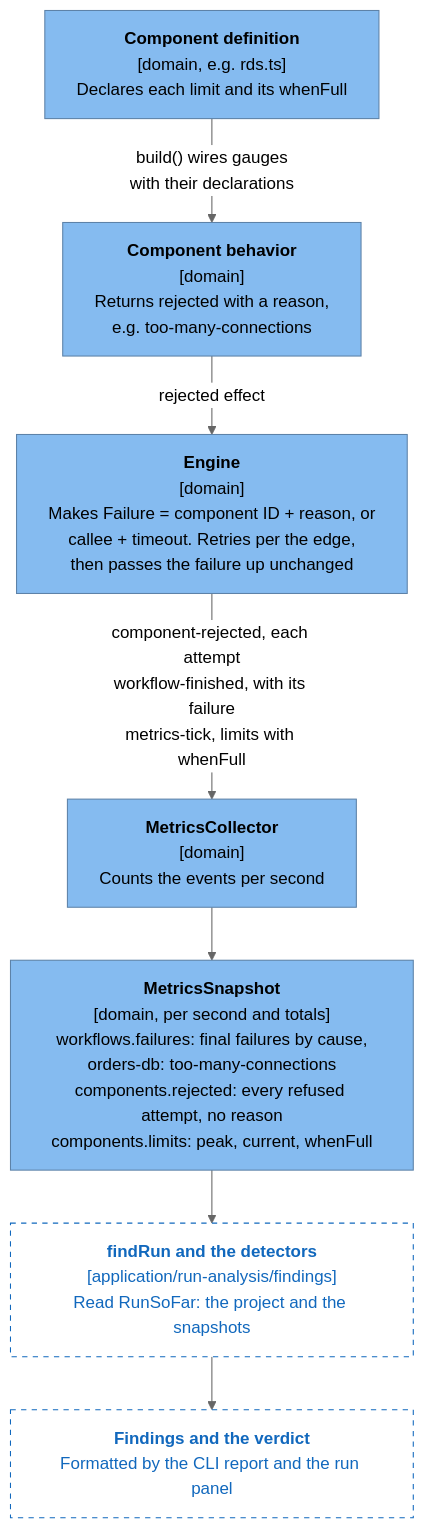
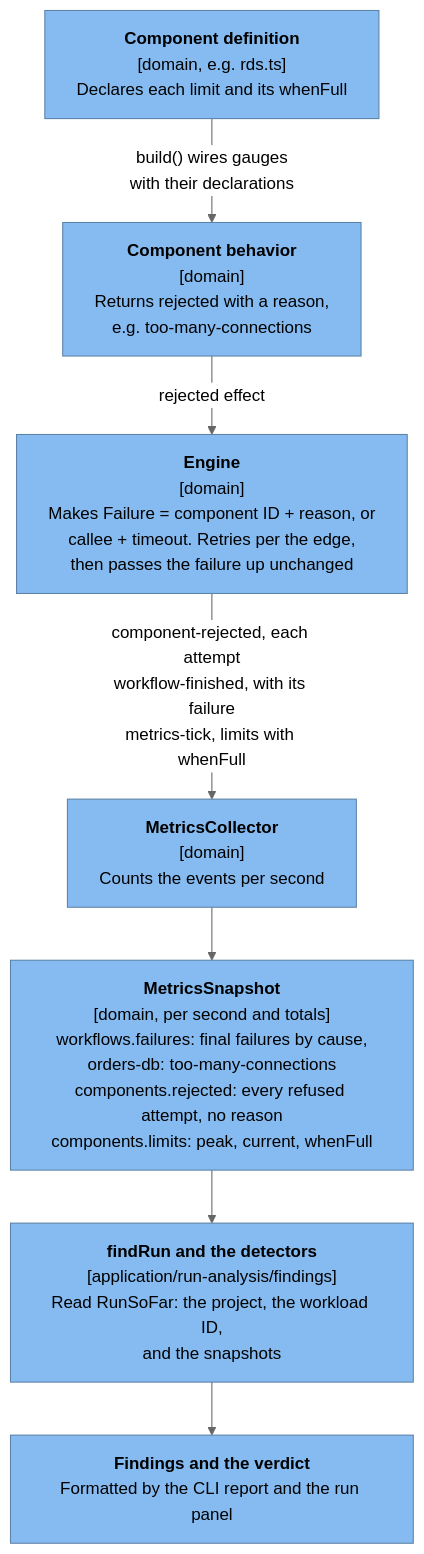
The first of 3 diagrams in docs/design/findings.md (alanbickel/wind-tunnel), drawn with Mermaid (neutral theme) before and after one commit. The commit also changed other lines of this file and 57 other files, not shown here.

Commit message:
feat(application): add findings with the run verdict, failed requests, and late async work (#64)

````diff
--- a/docs/design/findings.md
+++ b/docs/design/findings.md
@@ -177,22 +181,21 @@
 ```mermaid
 %%{init: {"flowchart": {"wrappingWidth": 320}}}%%
 flowchart TB
     def["<b>Component definition</b><br/>[domain, e.g. rds.ts]<br/>Declares each limit and its whenFull"]:::component
     beh["<b>Component behavior</b><br/>[domain]<br/>Returns rejected with a reason,<br/>e.g. too-many-connections"]:::component
     eng["<b>Engine</b><br/>[domain]<br/>Makes Failure = component ID + reason, or<br/>callee + timeout. Retries per the edge,<br/>then passes the failure up unchanged"]:::component
     col["<b>MetricsCollector</b><br/>[domain]<br/>Counts the events per second"]:::component
     snap["<b>MetricsSnapshot</b><br/>[domain, per second and totals]<br/>workflows.failures: final failures by cause,<br/>orders-db: too-many-connections<br/>components.rejected: every refused attempt, no reason<br/>components.limits: peak, current, whenFull"]:::component
-    find["<b>findRun and the detectors</b><br/>[application/run-analysis/findings]<br/>Read RunSoFar: the project and the snapshots"]:::planned
-    out["<b>Findings and the verdict</b><br/>Formatted by the CLI report and the run panel"]:::planned
+    find["<b>findRun and the detectors</b><br/>[application/run-analysis/findings]<br/>Read RunSoFar: the project, the workload ID,<br/>and the snapshots"]:::component
+    out["<b>Findings and the verdict</b><br/>Formatted by the CLI report and the run panel"]:::component
     def -->|"build() wires gauges<br/>with their declarations"| beh
     beh -->|"rejected effect"| eng
     eng -->|"component-rejected, each attempt<br/>workflow-finished, with its failure<br/>metrics-tick, limits with whenFull"| col
     col --> snap
     snap --> find
     find --> out
     classDef person fill:#08427b,stroke:#052e56,color:#fff
     classDef system fill:#1168bd,stroke:#0b4884,color:#fff
     classDef component fill:#85bbf0,stroke:#5d82a8,color:#000
     classDef external fill:#999,stroke:#6b6b6b,color:#fff
-    classDef planned fill:#fff,stroke:#1168bd,color:#1168bd,stroke-dasharray:5 5
 ```
````
